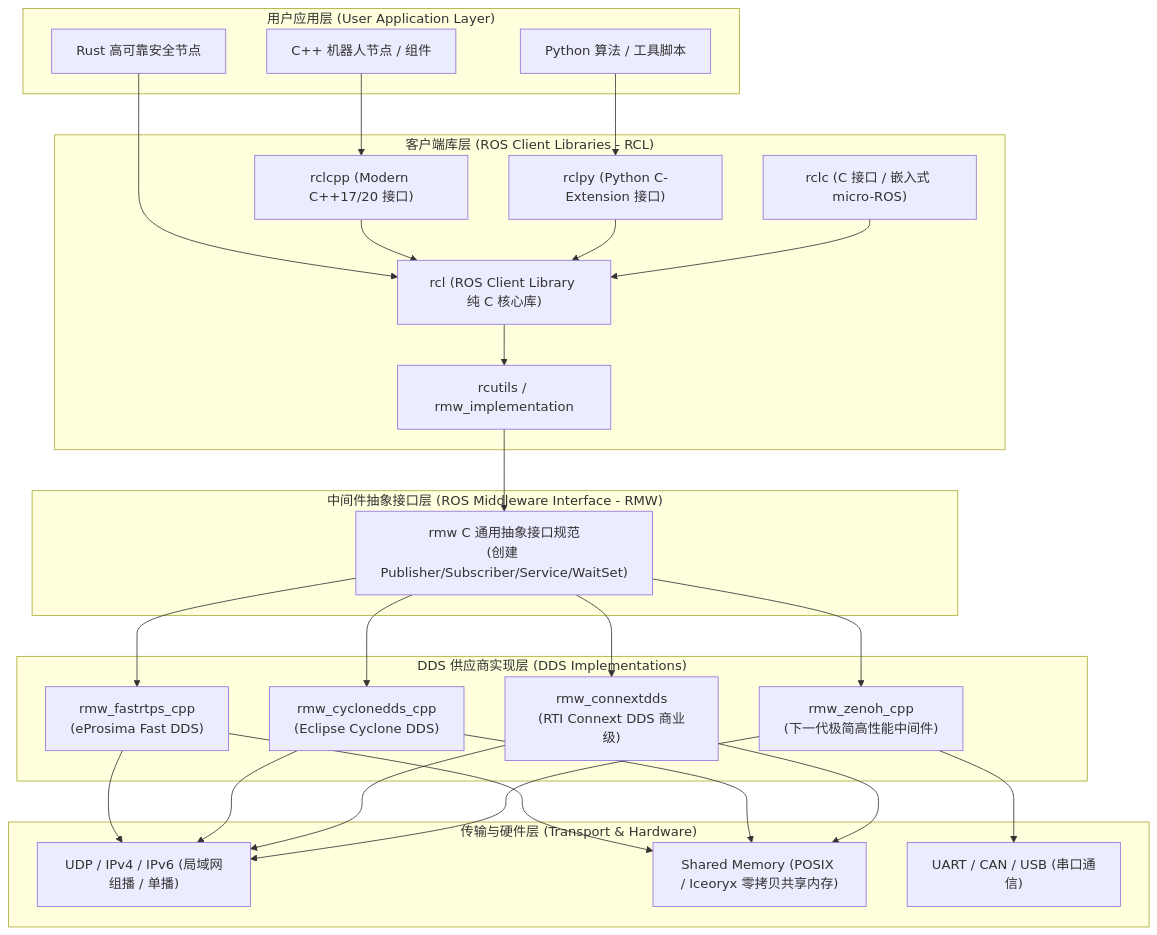
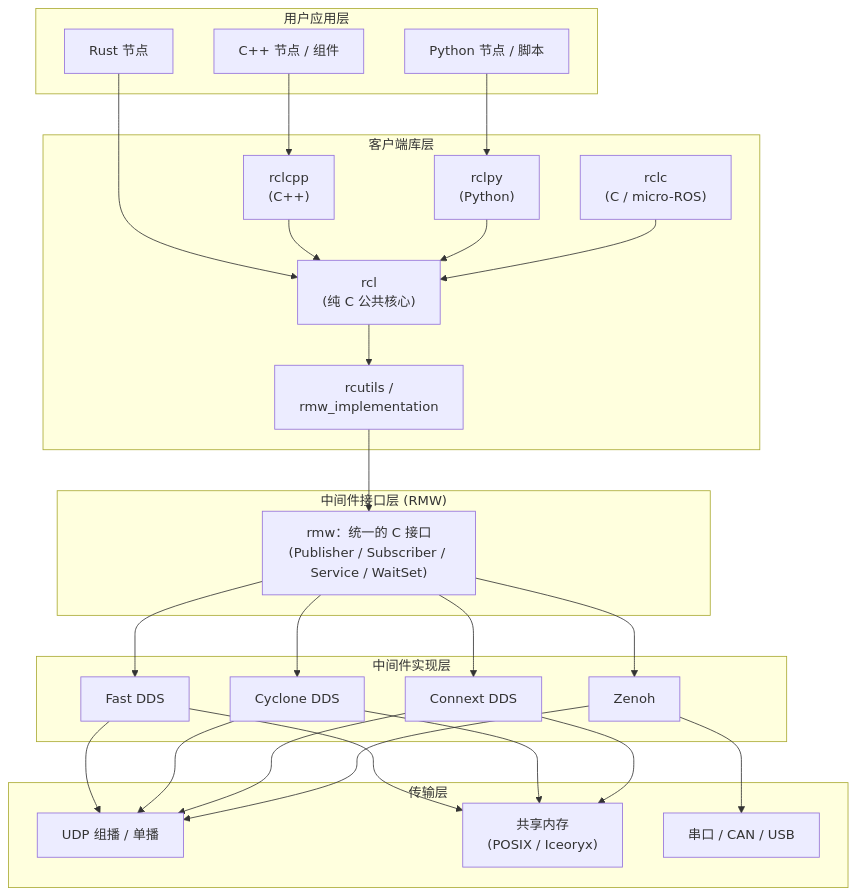
Before and after one commit to TingdeLiu/tingdeliu.github.io: the second of 21 diagrams in _posts/research/2026-03-05-ROS2-Survey.md, drawn with Mermaid. The commit also changed other lines of this file, not shown here.

First line of the commit message:
Improve ROS 2 survey readability and fix technical errors

````diff
--- a/_posts/research/2026-03-05-ROS2-Survey.md
+++ b/_posts/research/2026-03-05-ROS2-Survey.md
@@ -115,49 +99,49 @@
 ```mermaid
 flowchart TB
-    subgraph UserLayer["用户应用层 (User Application Layer)"]
-        AppCpp["C++ 机器人节点 / 组件"]
-        AppPy["Python 算法 / 工具脚本"]
-        AppRust["Rust 高可靠安全节点"]
+    subgraph UserLayer["用户应用层"]
+        AppCpp["C++ 节点 / 组件"]
+        AppPy["Python 节点 / 脚本"]
+        AppRust["Rust 节点"]
     end
 
-    subgraph ClientLayer["客户端库层 (ROS Client Libraries - RCL)"]
-        RCLCPP["rclcpp (Modern C++17/20 接口)"]
-        RCLPY["rclpy (Python C-Extension 接口)"]
-        RCLC["rclc (C 接口 / 嵌入式 micro-ROS)"]
-        RCL["rcl (ROS Client Library 纯 C 核心库)"]
-        RCUTILS["rcutils / rmw_implementation"]
+    subgraph ClientLayer["客户端库层"]
+        RCLCPP["rclcpp<br/>(C++)"]
+        RCLPY["rclpy<br/>(Python)"]
+        RCLC["rclc<br/>(C / micro-ROS)"]
+        RCL["rcl<br/>(纯 C 公共核心)"]
+        RCUTILS["rcutils /<br/>rmw_implementation"]
     end
 
-    subgraph RMWLayer["中间件抽象接口层 (ROS Middleware Interface - RMW)"]
-        RMW_API["rmw C 通用抽象接口规范<br/>(创建 Publisher/Subscriber/Service/WaitSet)"]
+    subgraph RMWLayer["中间件接口层 (RMW)"]
+        RMW_API["rmw：统一的 C 接口<br/>(Publisher / Subscriber / Service / WaitSet)"]
     end
 
-    subgraph DDSLayer["DDS 供应商实现层 (DDS Implementations)"]
-        RMW_Fast["rmw_fastrtps_cpp<br/>(eProsima Fast DDS)"]
-        RMW_Cyclone["rmw_cyclonedds_cpp<br/>(Eclipse Cyclone DDS)"]
-        RMW_Connext["rmw_connextdds<br/>(RTI Connext DDS 商业级)"]
-        RMW_Zenoh["rmw_zenoh_cpp<br/>(下一代极简高性能中间件)"]
+    subgraph DDSLayer["中间件实现层"]
+        RMW_Fast["Fast DDS"]
+        RMW_Cyclone["Cyclone DDS"]
+        RMW_Connext["Connext DDS"]
+        RMW_Zenoh["Zenoh"]
     end
 
-    subgraph TransportLayer["传输与硬件层 (Transport & Hardware)"]
-        UDP["UDP / IPv4 / IPv6 (局域网组播 / 单播)"]
-        SHM["Shared Memory (POSIX / Iceoryx 零拷贝共享内存)"]
-        UART["UART / CAN / USB (串口通信)"]
+    subgraph TransportLayer["传输层"]
+        UDP["UDP 组播 / 单播"]
+        SHM["共享内存<br/>(POSIX / Iceoryx)"]
+        UART["串口 / CAN / USB"]
     end
 
     AppCpp --> RCLCPP
     AppPy --> RCLPY
     AppRust --> RCL
     RCLCPP --> RCL
     RCLPY --> RCL
     RCLC --> RCL
     RCL --> RCUTILS --> RMW_API
     RMW_API --> RMW_Fast
     RMW_API --> RMW_Cyclone
     RMW_API --> RMW_Connext
     RMW_API --> RMW_Zenoh
     RMW_Fast --> UDP & SHM
     RMW_Cyclone --> UDP & SHM
     RMW_Connext --> UDP & SHM
     RMW_Zenoh --> UDP & UART
 ```
````
